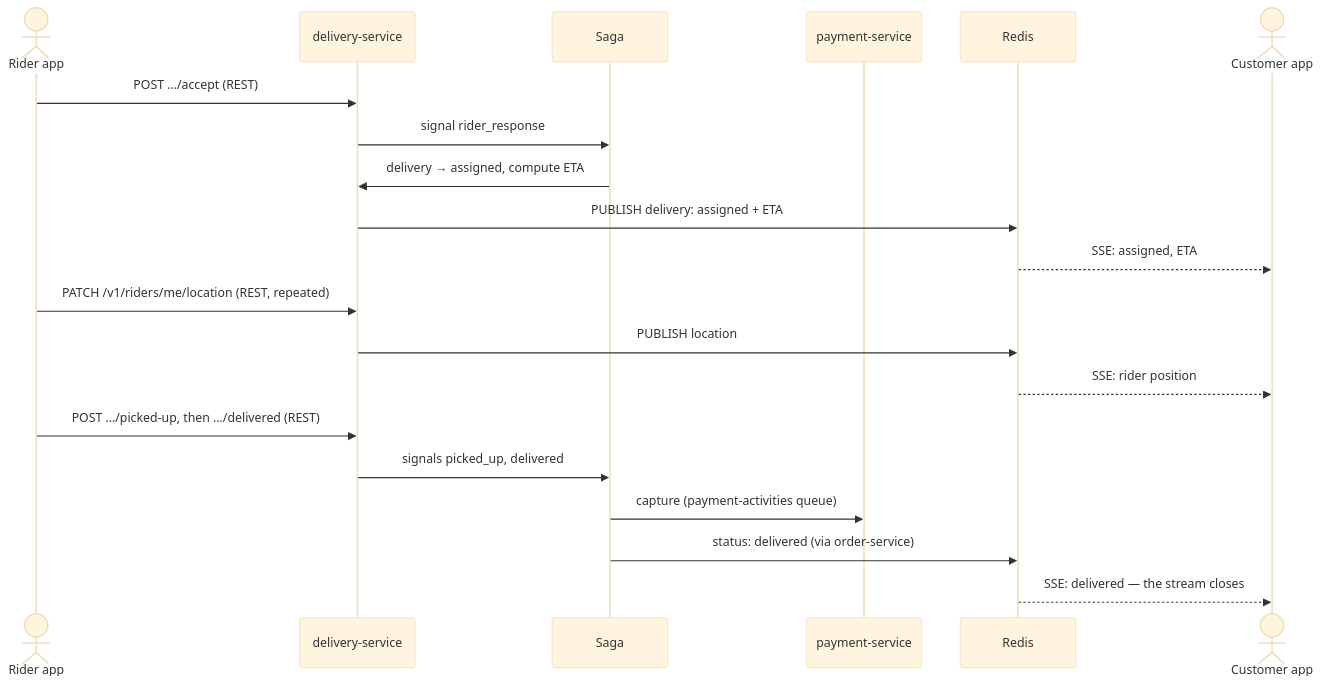
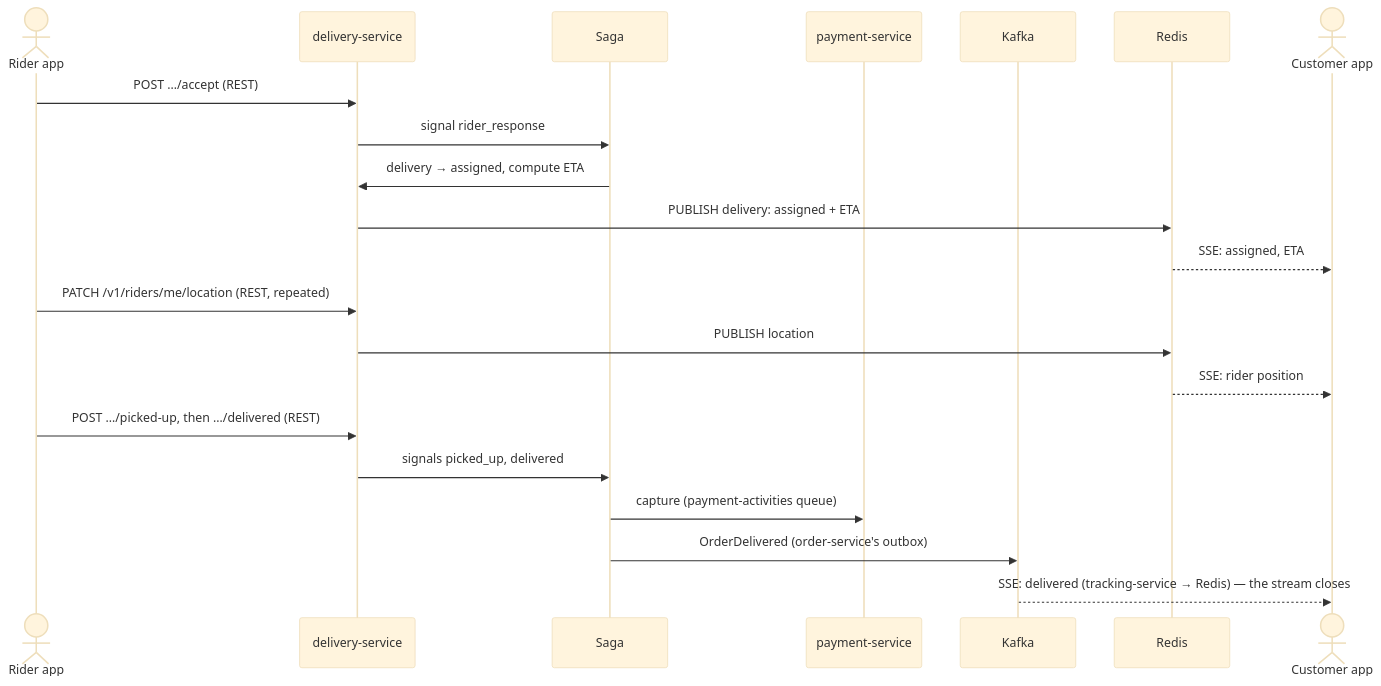
The ninth of 27 diagrams in docs/diagrams.md (umer-emumba/smartfoodops-ms), drawn with Mermaid (base theme) before and after one commit. The commit also changed other lines of this file and 18 other files, not shown here.

````diff
--- a/docs/diagrams.md
+++ b/docs/diagrams.md
@@ -240,23 +254,24 @@
 ```mermaid
 sequenceDiagram
     actor D as Rider app
     participant DS as delivery-service
     participant S as Saga
     participant PS as payment-service
+    participant K as Kafka
     participant RD as Redis
     actor C as Customer app
 
     D->>DS: POST …/accept (REST)
     DS->>S: signal rider_response
     S->>DS: delivery → assigned, compute ETA
     DS->>RD: PUBLISH delivery: assigned + ETA
     RD-->>C: SSE: assigned, ETA
     D->>DS: PATCH /v1/riders/me/location (REST, repeated)
     DS->>RD: PUBLISH location
     RD-->>C: SSE: rider position
     D->>DS: POST …/picked-up, then …/delivered (REST)
     DS->>S: signals picked_up, delivered
     S->>PS: capture (payment-activities queue)
-    S->>RD: status: delivered (via order-service)
-    RD-->>C: SSE: delivered — the stream closes
+    S->>K: OrderDelivered (order-service's outbox)
+    K-->>C: SSE: delivered (tracking-service → Redis) — the stream closes
 ```
````
